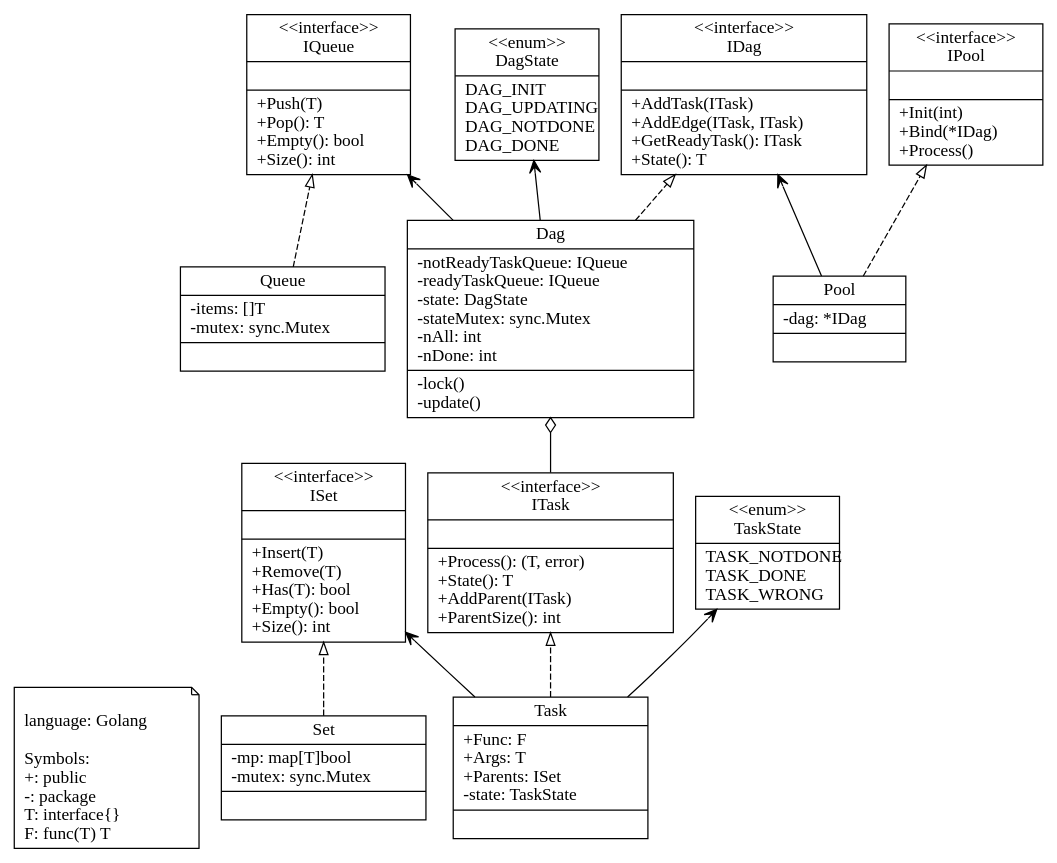
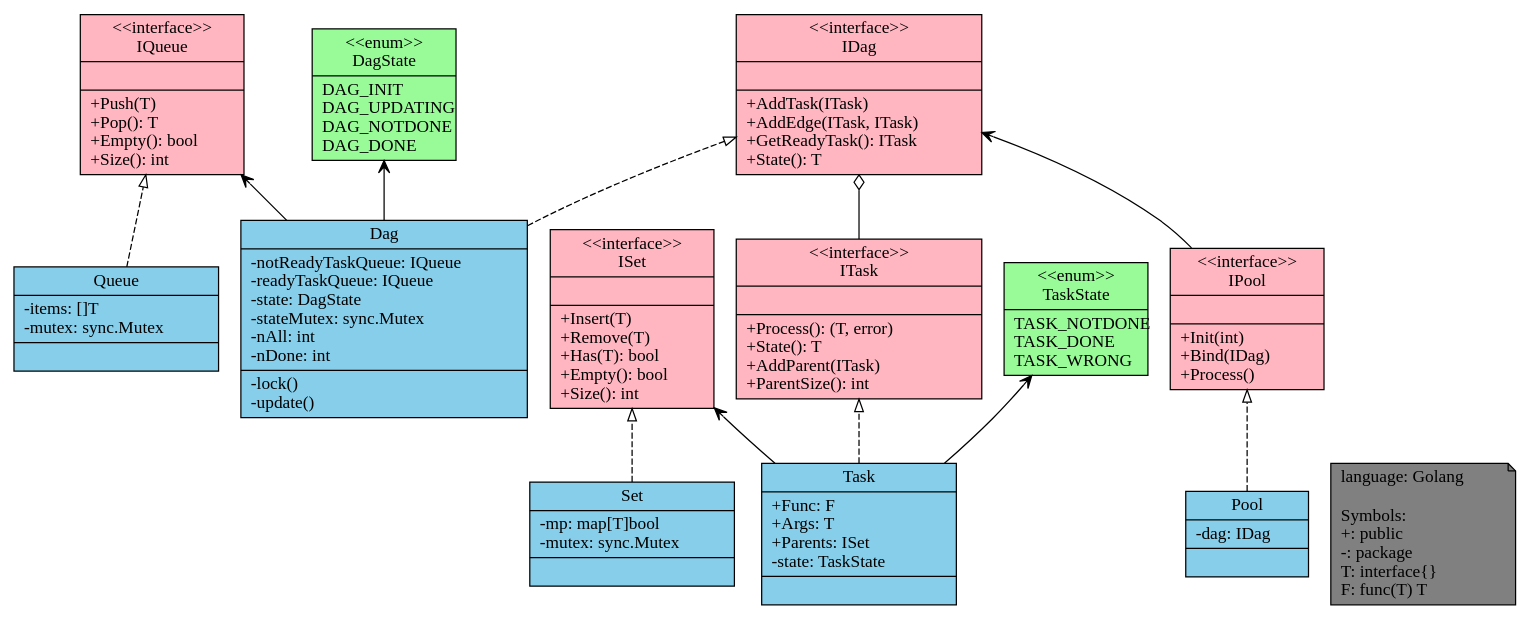
The diagram in stargo/stargo.dot (lightjameslyy/uml), drawn with Graphviz before and after one commit.

Commit message:
add color

```diff
--- a/stargo/stargo.dot
+++ b/stargo/stargo.dot
@@ -1,98 +1,110 @@
 digraph stargo {
     rankdir=BT
 
-    graph [fontname = "Consolas"];
-    node [fontname = "Consolas"];
-    edge [fontname = "Consolas"];
-
-    node [
-        shape = "note"
-    ]
-
-    note01 [
-        label = "\llanguage: Golang\l\lSymbols:\l+: public\l-: package\lT: interface{}\lF: func(T) T\l"
-    ]
+    graph [fontname = "Inconsolata"];
+    node [fontname = "Inconsolata"];
+    edge [fontname = "Inconsolata"];
 
     node [
         shape = "record"
+        style = "filled"
+        fillcolor = "lightpink"
     ]
 
     IQueue [
         label = "{\<\<interface\>\>\nIQueue||+Push(T)\l+Pop(): T\l+Empty(): bool\l+Size(): int\l}"
     ]
 
     ISet [
         label = "{\<\<interface\>\>\nISet||+Insert(T)\l+Remove(T)\l+Has(T): bool\l+Empty(): bool\l+Size(): int\l}"
     ]
 
     ITask [
         label = "{\<\<interface\>\>\nITask||+Process(): (T, error)\l+State(): T\l+AddParent(ITask)\l+ParentSize(): int\l}"
     ]
 
     IDag [
         label = "{\<\<interface\>\>\nIDag||+AddTask(ITask)\l+AddEdge(ITask, ITask)\l+GetReadyTask(): ITask\l+State(): T\l}"
     ]
 
     IPool [
-        label = "{\<\<interface\>\>\nIPool||+Init(int)\l+Bind(*IDag)\l+Process()\l}"
+        label = "{\<\<interface\>\>\nIPool||+Init(int)\l+Bind(IDag)\l+Process()\l}"
+    ]
+
+    node [
+        fillcolor = "skyblue"
     ]
 
     Queue [
         label = "{Queue|-items: []T\l-mutex: sync.Mutex\l|}"
     ]
 
     Set [
         label = "{Set|-mp: map[T]bool\l-mutex: sync.Mutex\l|}"
     ]
 
     Task [
         label = "{Task|+Func: F\l+Args: T\l+Parents: ISet\l-state: TaskState\l|}"
     ]
 
+    Dag [
+        label = "{Dag|-notReadyTaskQueue: IQueue\l-readyTaskQueue: IQueue\l-state: DagState\l-stateMutex: sync.Mutex\l-nAll: int\l-nDone: int\l|-lock()\l-update()\l}"
+    ]
+
+    Pool [
+        label = "{Pool|-dag: IDag\l|}"
+    ]
+
+    node [
+        fillcolor = "palegreen"
+    ]
+
     TaskState [
         label = "{\<\<enum\>\>\nTaskState\n|TASK_NOTDONE\lTASK_DONE\lTASK_WRONG\l}"
-    ]
-
-    Dag [
-        label = "{Dag|-notReadyTaskQueue: IQueue\l-readyTaskQueue: IQueue\l-state: DagState\l-stateMutex: sync.Mutex\l-nAll: int\l-nDone: int\l|-lock()\l-update()\l}"
     ]
 
     DagState [
         label = "{\<\<enum\>\>\nDagState\n|DAG_INIT\lDAG_UPDATING\lDAG_NOTDONE\lDAG_DONE\l}"
     ]
 
-    Pool [
-        label = "{Pool|-dag: *IDag\l|}"
+    node [
+        shape = "note"
+        fillcolor = "gray"
     ]
+
+    note01 [
+        label = "language: Golang\l\lSymbols:\l+: public\l-: package\lT: interface{}\lF: func(T) T\l"
+    ]
+
 
     edge [
         style=dashed 
         arrowhead=empty
     ]
 
     Queue -> IQueue
     Set -> ISet
     Task -> ITask 
     Dag -> IDag 
     Pool -> IPool
 
     edge [
         style=solid
         arrowhead=vee
     ]
 
     Task -> ISet
     Task -> TaskState
     Dag -> IQueue
     Dag -> DagState
-    Pool -> IDag 
+    IPool -> IDag 
 
     edge [
         style=solid
         arrowhead=odiamond
     ]
 
-    ITask -> Dag
+    ITask -> IDag
 
 
 }
```
